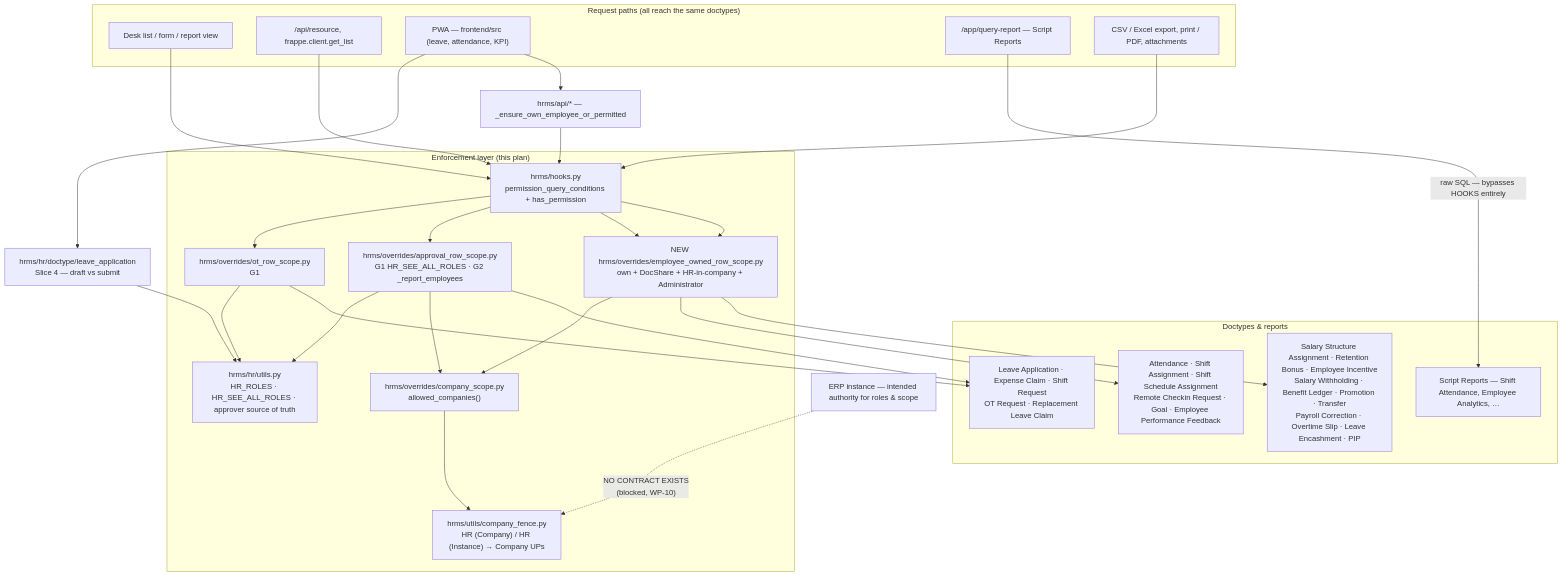
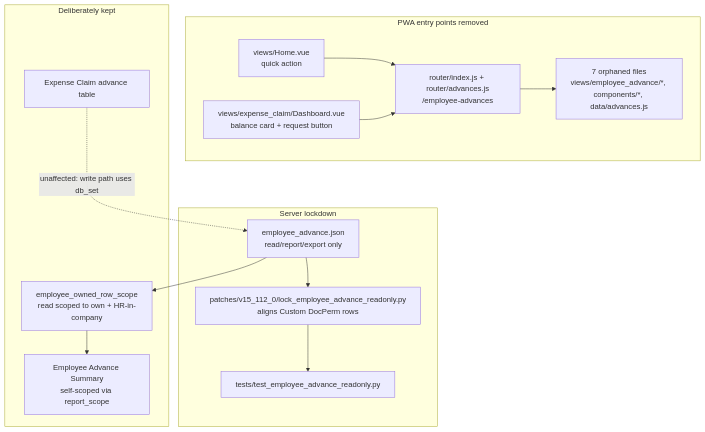
One commit to Nastyworldwide-Dev/hrms changed the diagram in .claude/plans/current-plan.md. Above: the diagram before and after it, drawn with Mermaid. The commit also changed other lines of this file and 17 other files, not shown here.

First line of the commit message:
feat(hrms): port donor G8 — remove employee advance requests

````diff
--- a/.claude/plans/current-plan.md
+++ b/.claude/plans/current-plan.md
@@ -85,48 +61,24 @@
 ```mermaid
 graph TD
-  subgraph Entry["Request paths (all reach the same doctypes)"]
-    DESK["Desk list / form / report view"]
-    REST["/api/resource, frappe.client.get_list"]
-    PWA["PWA — frontend/src (leave, attendance, KPI)"]
-    RPT["/app/query-report — Script Reports"]
-    EXP["CSV / Excel export, print / PDF, attachments"]
+  subgraph Remove["PWA entry points removed"]
+    HOME["views/Home.vue<br/>quick action"]
+    EXPD["views/expense_claim/Dashboard.vue<br/>balance card + request button"]
+    ROUTES["router/index.js + router/advances.js<br/>/employee-advances"]
+    ORPH["7 orphaned files<br/>views/employee_advance/*, components/*, data/advances.js"]
   end
-
-  subgraph Enforce["Enforcement layer (this plan)"]
-    HOOKS["hrms/hooks.py<br/>permission_query_conditions + has_permission"]
-    NEW["NEW hrms/overrides/employee_owned_row_scope.py<br/>own + DocShare + HR-in-company + Administrator"]
-    APPR["hrms/overrides/approval_row_scope.py<br/>G1 HR_SEE_ALL_ROLES · G2 _report_employees"]
-    OTS["hrms/overrides/ot_row_scope.py<br/>G1"]
-    CS["hrms/overrides/company_scope.py<br/>allowed_companies()"]
-    CF["hrms/utils/company_fence.py<br/>HR (Company) / HR (Instance) → Company UPs"]
-    UTILS["hrms/hr/utils.py<br/>HR_ROLES · HR_SEE_ALL_ROLES · approver source of truth"]
+  subgraph Server["Server lockdown"]
+    JSON["employee_advance.json<br/>read/report/export only"]
+    PATCH["patches/v15_112_0/lock_employee_advance_readonly.py<br/>aligns Custom DocPerm rows"]
+    TEST["tests/test_employee_advance_readonly.py"]
   end
-
-  subgraph Data["Doctypes & reports"]
-    SENS["Salary Structure Assignment · Retention Bonus · Employee Incentive<br/>Salary Withholding · Benefit Ledger · Promotion · Transfer<br/>Payroll Correction · Overtime Slip · Leave Encashment · PIP"]
-    OPS["Attendance · Shift Assignment · Shift Schedule Assignment<br/>Remote Checkin Request · Goal · Employee Performance Feedback"]
-    APPRDT["Leave Application · Expense Claim · Shift Request<br/>OT Request · Replacement Leave Claim"]
-    REPORTS["Script Reports — Shift Attendance, Employee Analytics, …"]
+  subgraph Keep["Deliberately kept"]
+    CLAIM["Expense Claim advance table"]
+    FENCE["employee_owned_row_scope<br/>read scoped to own + HR-in-company"]
+    RPT["Employee Advance Summary<br/>self-scoped via report_scope"]
   end
-
-  DESK --> HOOKS
-  REST --> HOOKS
-  PWA --> API["hrms/api/* — _ensure_own_employee_or_permitted"] --> HOOKS
-  EXP --> HOOKS
-  RPT -->|"raw SQL — bypasses HOOKS entirely"| REPORTS
-
-  HOOKS --> NEW --> SENS
-  HOOKS --> NEW --> OPS
-  HOOKS --> APPR --> APPRDT
-  HOOKS --> OTS --> APPRDT
-  NEW --> CS
-  APPR --> CS
-  CS --> CF
-  APPR --> UTILS
-  OTS --> UTILS
-
-  LEAVE["hrms/hr/doctype/leave_application<br/>Slice 4 — draft vs submit"] --> UTILS
-  PWA --> LEAVE
-
-  ERP["ERP instance — intended authority for roles & scope"] -.->|"NO CONTRACT EXISTS<br/>(blocked, WP-10)"| CF
+  HOME --> ROUTES --> ORPH
+  EXPD --> ROUTES
+  JSON --> PATCH --> TEST
+  JSON --> FENCE --> RPT
+  CLAIM -.->|unaffected: write path uses db_set| JSON
 ```
````
